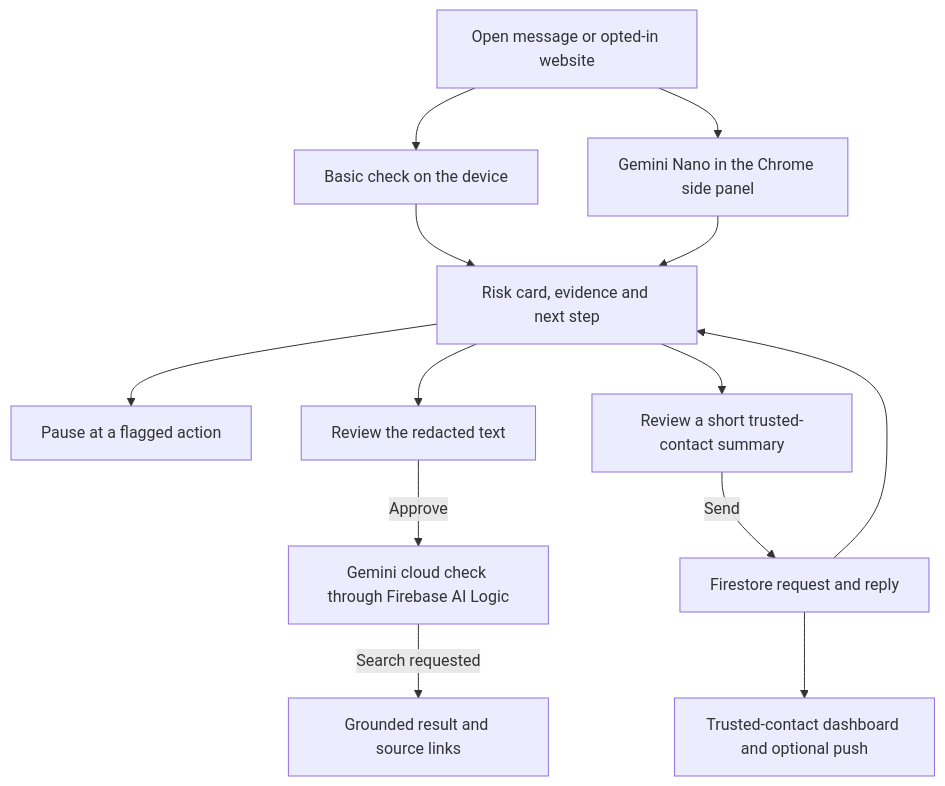
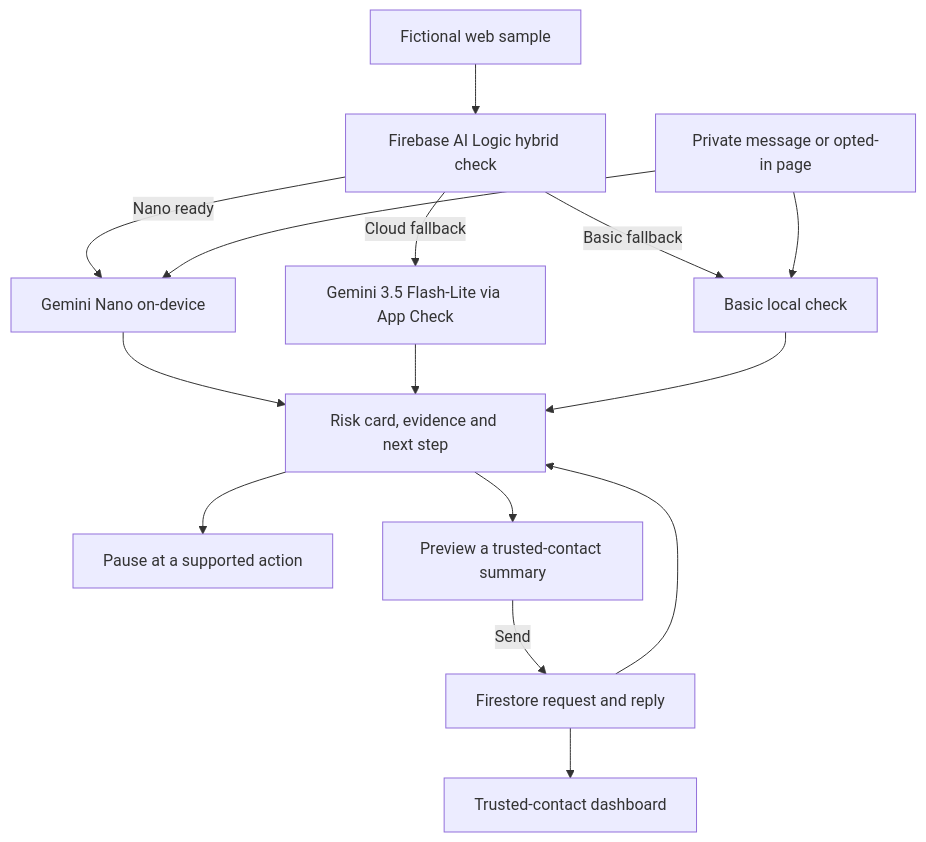
Before and after one commit to AdityaChauhanX07/bifocal: the diagram in README.md, drawn with Mermaid. The commit also changed other lines of this file and 5 other files, not shown here.

````diff
--- a/README.md
+++ b/README.md
@@ -21,15 +26,17 @@
 ```mermaid
 flowchart TD
-    input["Open message or opted-in website"] --> basic["Basic check on the device"]
-    basic --> card["Risk card, evidence and next step"]
-    input --> nano["Gemini Nano in the Chrome side panel"]
-    nano --> card
-    card --> pause["Pause at a flagged action"]
-    card --> preview["Review the redacted text"]
-    preview -->|Approve| cloud["Gemini cloud check through Firebase AI Logic"]
-    cloud -->|Search requested| sources["Grounded result and source links"]
-    card --> help["Review a short trusted-contact summary"]
-    help -->|Send| firestore["Firestore request and reply"]
-    firestore --> dashboard["Trusted-contact dashboard and optional push"]
-    firestore --> card
+    sample["Fictional web sample"] --> hybrid["Firebase AI Logic hybrid check"]
+    hybrid -->|Nano ready| nano["Gemini Nano on-device"]
+    hybrid -->|Cloud fallback| cloud["Gemini 3.5 Flash-Lite via App Check"]
+    hybrid -->|Basic fallback| rules["Basic local check"]
+    private["Private message or opted-in page"] --> nano
+    private --> rules
+    nano --> verdict["Risk card, evidence and next step"]
+    cloud --> verdict
+    rules --> verdict
+    verdict --> pause["Pause at a supported action"]
+    verdict --> preview["Preview a trusted-contact summary"]
+    preview -->|Send| firestore["Firestore request and reply"]
+    firestore --> dashboard["Trusted-contact dashboard"]
+    firestore --> verdict
 ```
````
